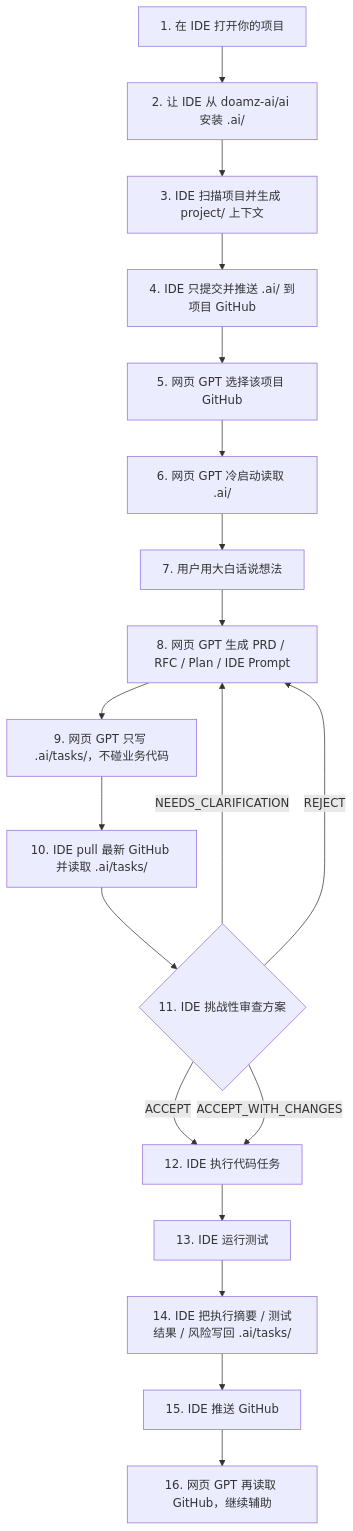
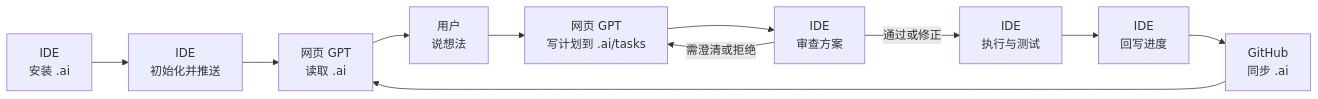
Before and after one commit to doamz-ai/ai: the diagram in README.md, drawn with Mermaid. The commit also changed other lines of this file, not shown here.

Commit message:
docs: make README flowchart compact and readable

````diff
--- a/README.md
+++ b/README.md
@@ -16,21 +16,13 @@
 ```mermaid
-flowchart TD
-    A[1. 在 IDE 打开你的项目] --> B[2. 让 IDE 从 doamz-ai/ai 安装 .ai/]
-    B --> C[3. IDE 扫描项目并生成 project/ 上下文]
-    C --> D[4. IDE 只提交并推送 .ai/ 到项目 GitHub]
-    D --> E[5. 网页 GPT 选择该项目 GitHub]
-    E --> F[6. 网页 GPT 冷启动读取 .ai/]
-    F --> G[7. 用户用大白话说想法]
-    G --> H[8. 网页 GPT 生成 PRD / RFC / Plan / IDE Prompt]
-    H --> I[9. 网页 GPT 只写 .ai/tasks/，不碰业务代码]
-    I --> J[10. IDE pull 最新 GitHub 并读取 .ai/tasks/]
-    J --> K{11. IDE 挑战性审查方案}
-    K -->|ACCEPT| L[12. IDE 执行代码任务]
-    K -->|ACCEPT_WITH_CHANGES| L
-    K -->|NEEDS_CLARIFICATION| H
-    K -->|REJECT| H
-    L --> M[13. IDE 运行测试]
-    M --> N[14. IDE 把执行摘要 / 测试结果 / 风险写回 .ai/tasks/]
-    N --> O[15. IDE 推送 GitHub]
-    O --> P[16. 网页 GPT 再读取 GitHub，继续辅助]
+flowchart LR
+    A[IDE<br/>安装 .ai] --> B[IDE<br/>初始化并推送]
+    B --> C[网页 GPT<br/>读取 .ai]
+    C --> D[用户<br/>说想法]
+    D --> E[网页 GPT<br/>写计划到 .ai/tasks]
+    E --> F[IDE<br/>审查方案]
+    F -->|通过或修正| G[IDE<br/>执行与测试]
+    F -->|需澄清或拒绝| E
+    G --> H[IDE<br/>回写进度]
+    H --> I[GitHub<br/>同步 .ai]
+    I --> C
 ```
````
